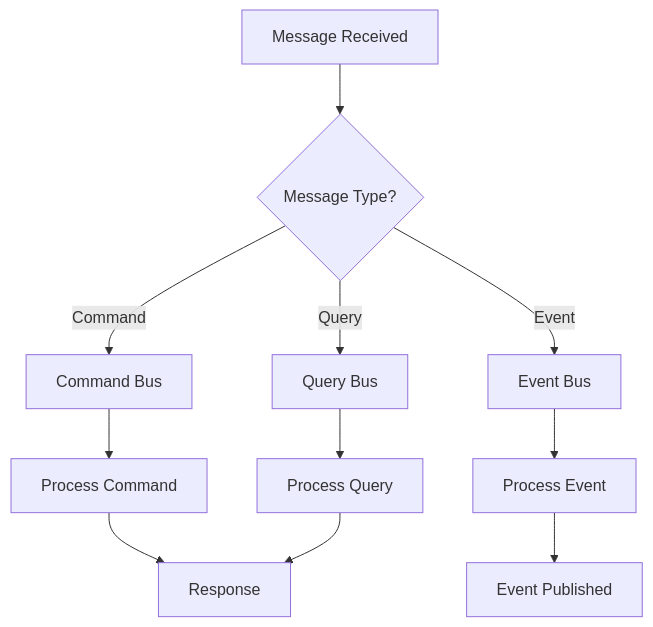
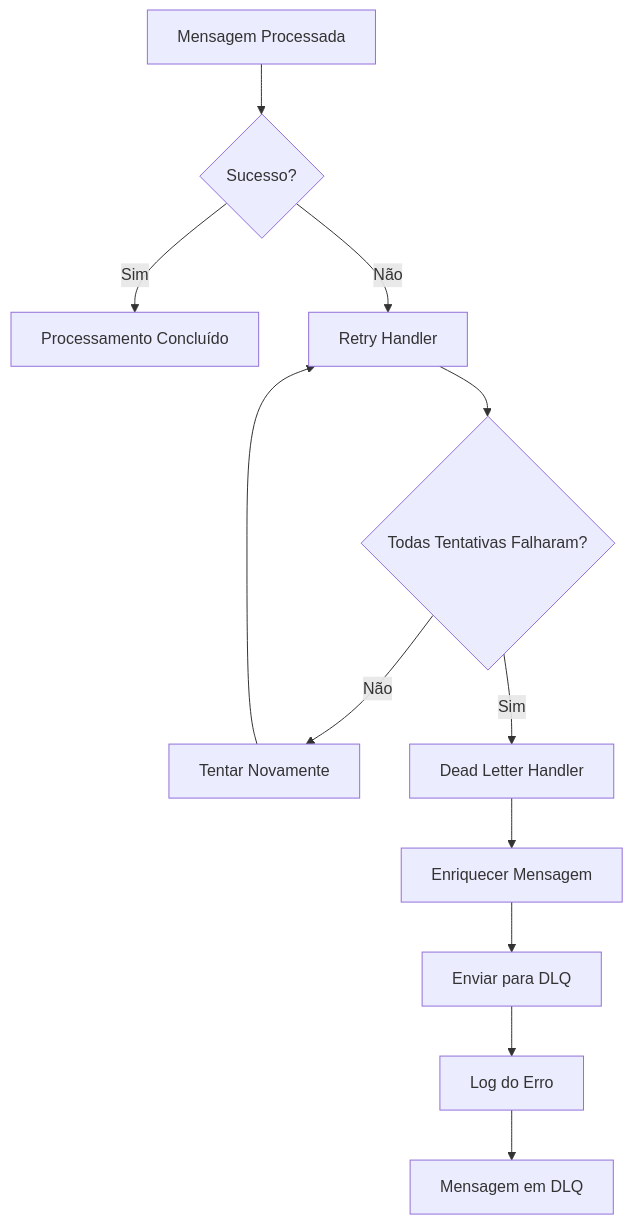
One commit to JeffersonBrasilino/hex-api-go changed the seventh of 8 diagrams in README.md. Above: the diagram before and after it, drawn with Mermaid. The commit also changed other lines of this file and 506 other files, not shown here.

````diff
--- a/README.md
+++ b/README.md
@@ -638,13 +982,14 @@
 ```mermaid
-graph TD
-    A[Message Received] --> B{Message Type?}
-    B -->|Command| C[Command Bus]
-    B -->|Query| D[Query Bus]
-    B -->|Event| E[Event Bus]
-    C --> F[Process Command]
-    D --> G[Process Query]
-    E --> H[Process Event]
-    F --> I[Response]
-    G --> I
-    H --> J[Event Published]
+flowchart TD
+    A[Mensagem Processada] --> B{Sucesso?}
+    B -->|Sim| C[Processamento Concluído]
+    B -->|Não| D[Retry Handler]
+    D --> E{Todas Tentativas Falharam?}
+    E -->|Não| F[Tentar Novamente]
+    F --> D
+    E -->|Sim| G[Dead Letter Handler]
+    G --> H[Enriquecer Mensagem]
+    H --> I[Enviar para DLQ]
+    I --> J[Log do Erro]
+    J --> K[Mensagem em DLQ]
 ```
````
